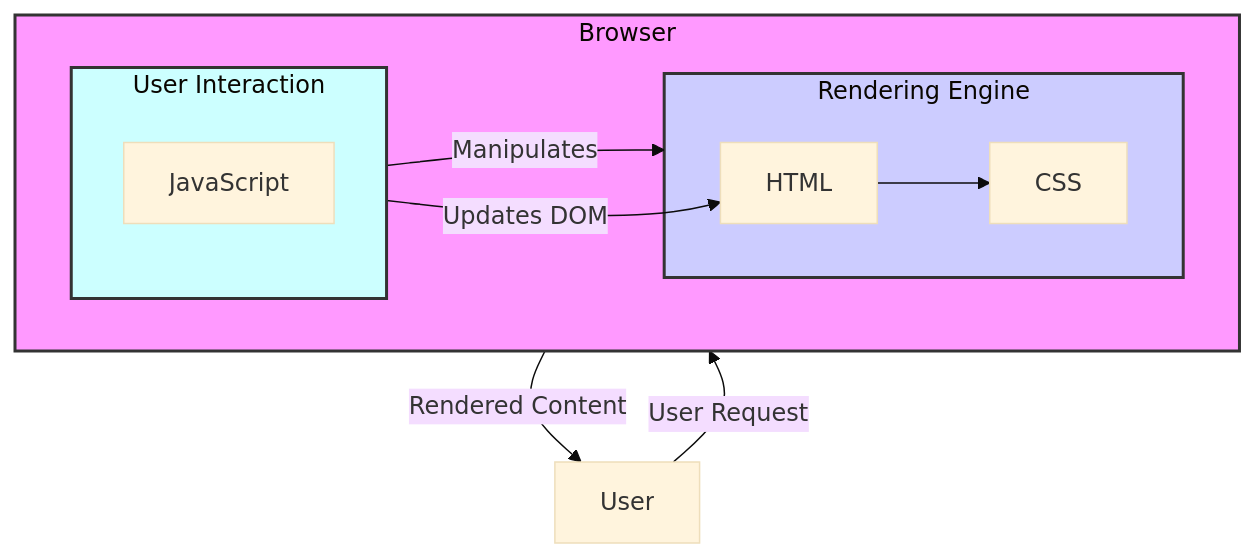
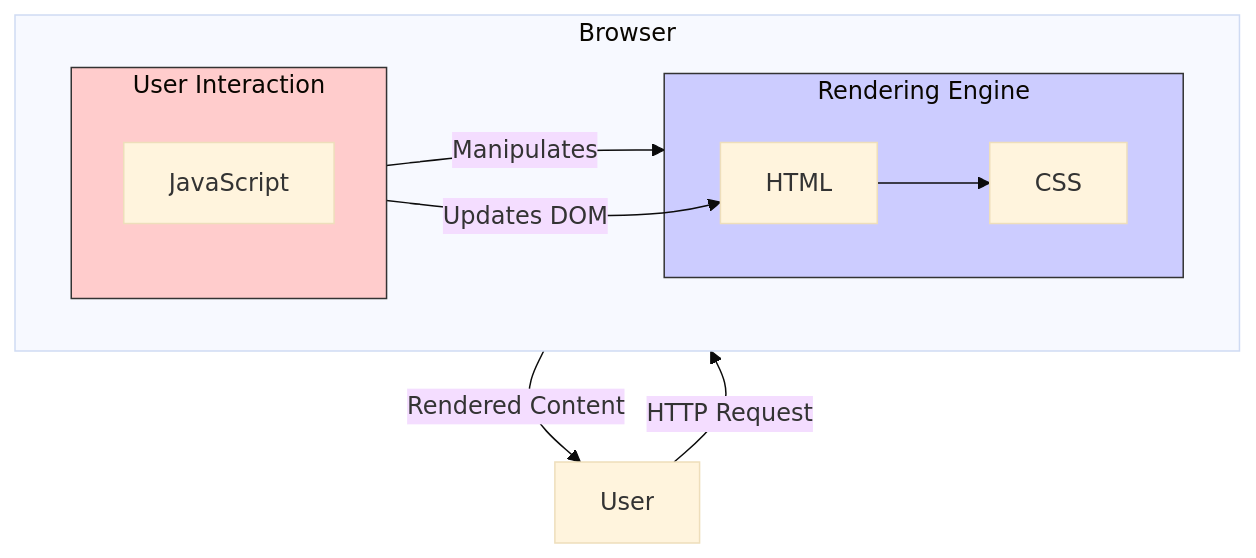
One commit to cesarsotovalero/cesarsotovalero.github.io changed the fifth of 10 diagrams in _posts/2024/2024-01-12-the-evolution-of-the-web-from-html-to-webassembly.md. Above: the diagram before and after it, drawn with Mermaid. The commit also changed other lines of this file and 1 other file, not shown here.

````diff
--- a/_posts/2024/2024-01-12-the-evolution-of-the-web-from-html-to-webassembly.md
+++ b/_posts/2024/2024-01-12-the-evolution-of-the-web-from-html-to-webassembly.md
@@ -286,21 +288,20 @@
 ```mermaid
 %%{init: {'theme':'base'}}%%
 flowchart
     subgraph Browser["Browser"]
         subgraph UserInteraction["User Interaction"]
             JS["JavaScript"]
         end
         subgraph RenderEngine["Rendering Engine"]
             HTML["HTML"] --> CSS["CSS"]
         end
     end
     UserInteraction -->|Manipulates| RenderEngine
     UserInteraction -->|Updates DOM| HTML
     CSS
-    User -- "User Request" --> Browser
+    User -- "HTTP Request" --> Browser
     Browser -- "Rendered Content" --> User
 
-    style Browser fill:#f9f,stroke:#333,stroke-width:2px
-    style RenderEngine fill:#ccf,stroke:#333,stroke-width:2px
-    style UserInteraction fill:#cff,stroke:#333,stroke-width:2px
+    style RenderEngine fill:#ccf,stroke:#333
+    style UserInteraction fill:#ffcccc,stroke:#333
 ```
````
